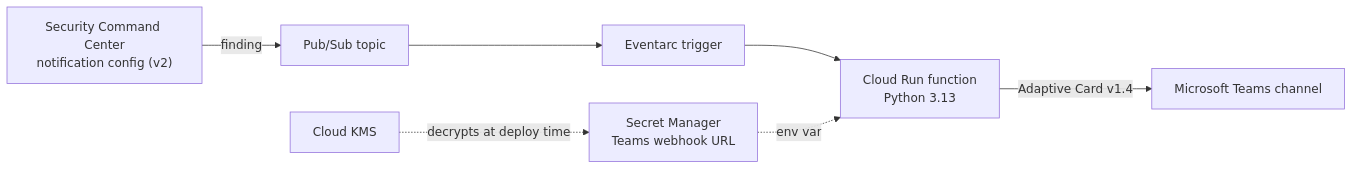
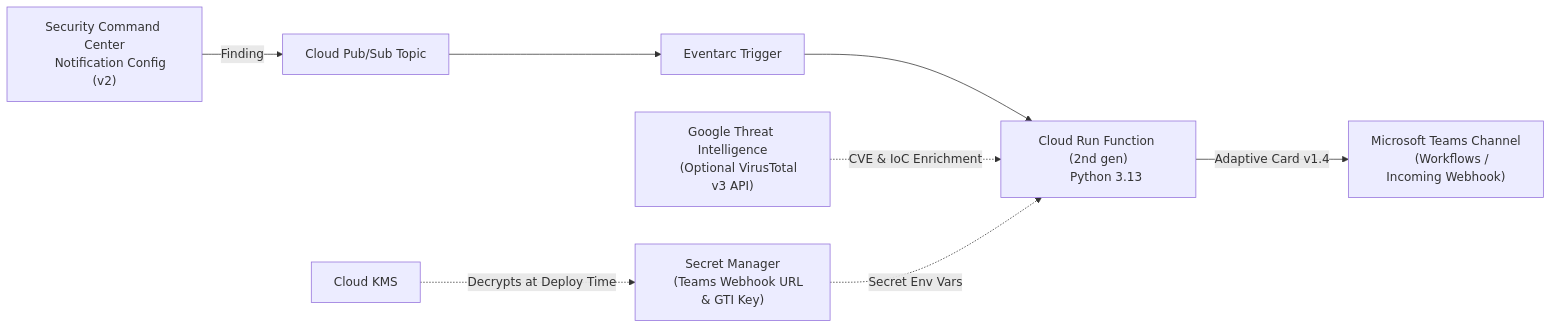
The second of 2 diagrams in README.md (jorgecalo/google-cloud-scc-findings-notifications-teams), drawn with Mermaid before and after one commit. The commit also changed other lines of this file, not shown here.

````diff
--- a/README.md
+++ b/README.md
@@ -208,9 +239,15 @@
 ```mermaid
 flowchart LR
-    SCC["Security Command Center<br/>notification config (v2)"] -->|finding| PS["Pub/Sub topic"]
-    PS --> EA["Eventarc trigger"]
-    EA --> CF["Cloud Run function<br/>Python 3.13"]
-    SM["Secret Manager<br/>Teams webhook URL"] -.->|env var| CF
-    KMS["Cloud KMS"] -.->|decrypts at deploy time| SM
-    CF -->|Adaptive Card v1.4| MT["Microsoft Teams channel"]
+    SCC["Security Command Center
+    Notification Config (v2)"] -->|Finding| PS["Cloud Pub/Sub Topic"]
+    PS --> EA["Eventarc Trigger"]
+    EA --> CF["Cloud Run Function (2nd gen)
+    Python 3.13"]
+    GTI["Google Threat Intelligence
+    (Optional VirusTotal v3 API)"] -.->|CVE & IoC Enrichment| CF
+    SM["Secret Manager
+    (Teams Webhook URL & GTI Key)"] -.->|Secret Env Vars| CF
+    KMS["Cloud KMS"] -.->|Decrypts at Deploy Time| SM
+    CF -->|Adaptive Card v1.4| MT["Microsoft Teams Channel
+    (Workflows / Incoming Webhook)"]
 ```
````
